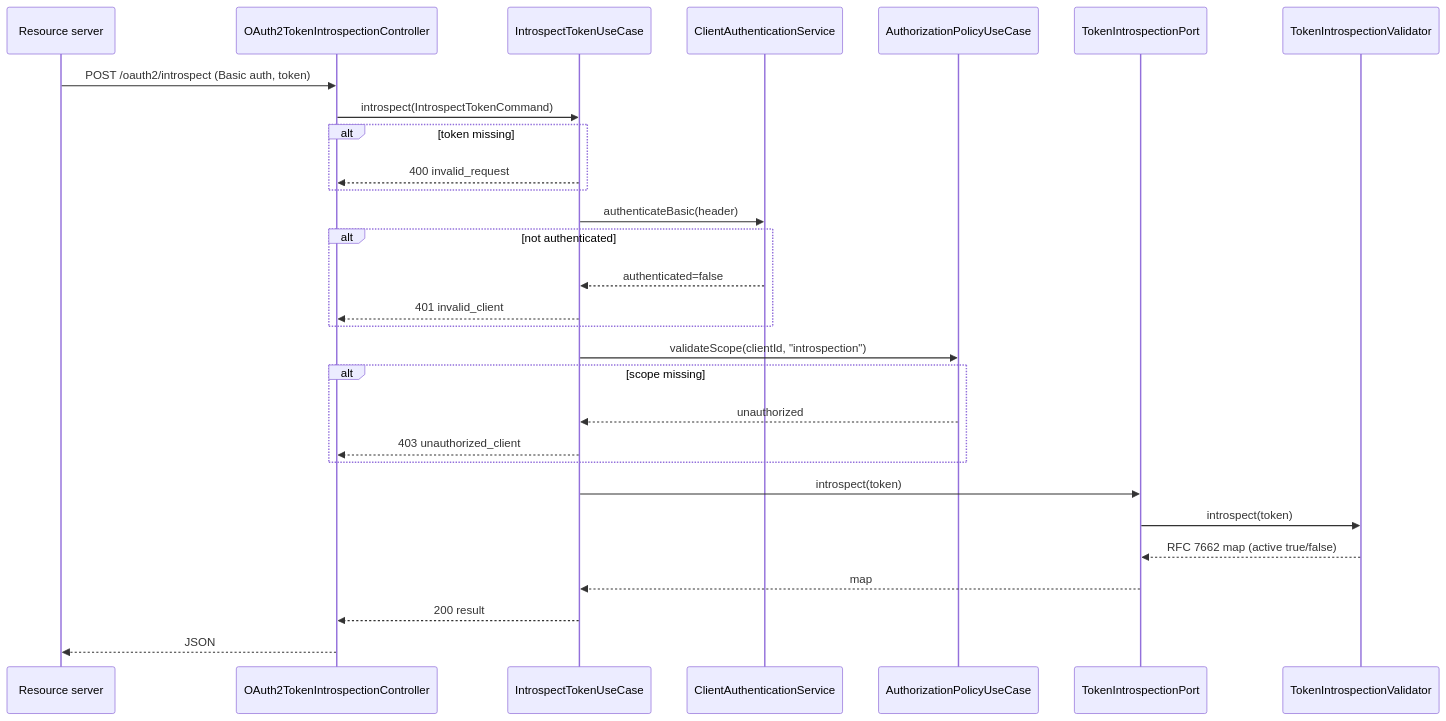
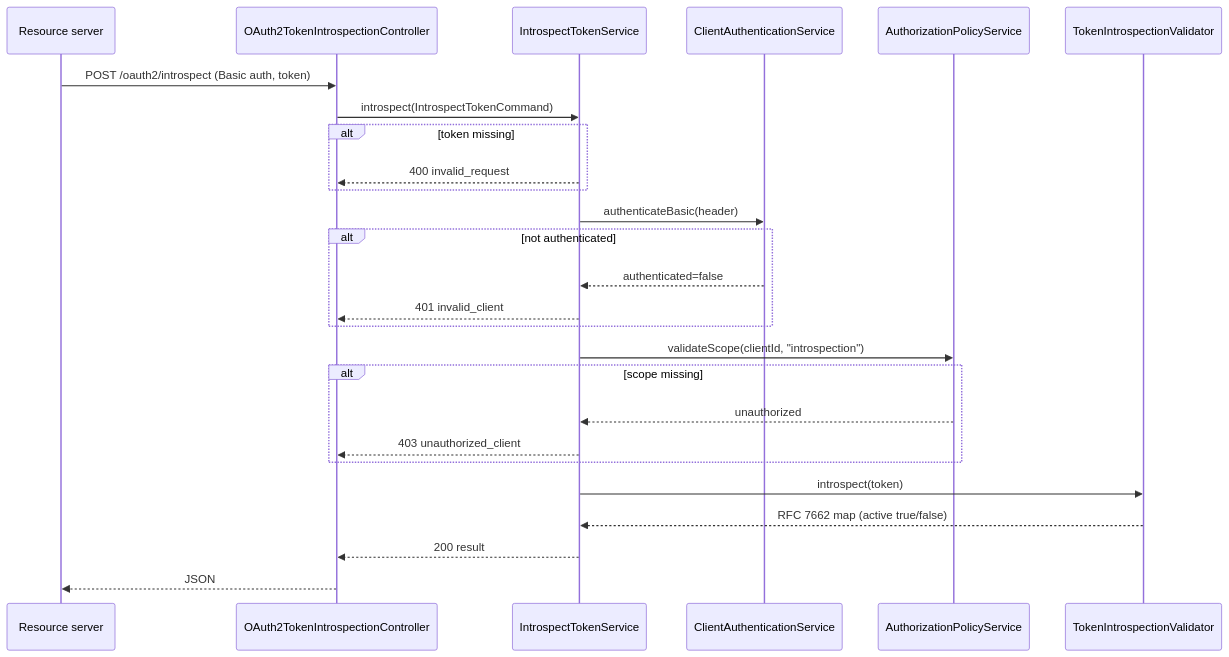
The diagram in documentation/features/06-token-introspection.md (edmaputra/ed-auth), drawn with Mermaid before and after one commit. The commit also changed other lines of this file and 14 other files, not shown here.

Commit message:
refactor: Update documentation to reflect service renaming and architectural changes

````diff
--- a/documentation/features/06-token-introspection.md
+++ b/documentation/features/06-token-introspection.md
@@ -91,32 +91,29 @@
 ```mermaid
 sequenceDiagram
     participant RS as Resource server
     participant Ctrl as OAuth2TokenIntrospectionController
-    participant UC as IntrospectTokenUseCase
+    participant UC as IntrospectTokenService
     participant Auth as ClientAuthenticationService
-    participant Pol as AuthorizationPolicyUseCase
-    participant Tok as TokenIntrospectionPort
+    participant Pol as AuthorizationPolicyService
     participant V as TokenIntrospectionValidator
 
     RS->>Ctrl: POST /oauth2/introspect (Basic auth, token)
     Ctrl->>UC: introspect(IntrospectTokenCommand)
     alt token missing
         UC-->>Ctrl: 400 invalid_request
     end
     UC->>Auth: authenticateBasic(header)
     alt not authenticated
         Auth-->>UC: authenticated=false
         UC-->>Ctrl: 401 invalid_client
     end
     UC->>Pol: validateScope(clientId, "introspection")
     alt scope missing
         Pol-->>UC: unauthorized
         UC-->>Ctrl: 403 unauthorized_client
     end
-    UC->>Tok: introspect(token)
-    Tok->>V: introspect(token)
-    V-->>Tok: RFC 7662 map (active true/false)
-    Tok-->>UC: map
+    UC->>V: introspect(token)
+    V-->>UC: RFC 7662 map (active true/false)
     UC-->>Ctrl: 200 result
     Ctrl-->>RS: JSON
 ```
````
